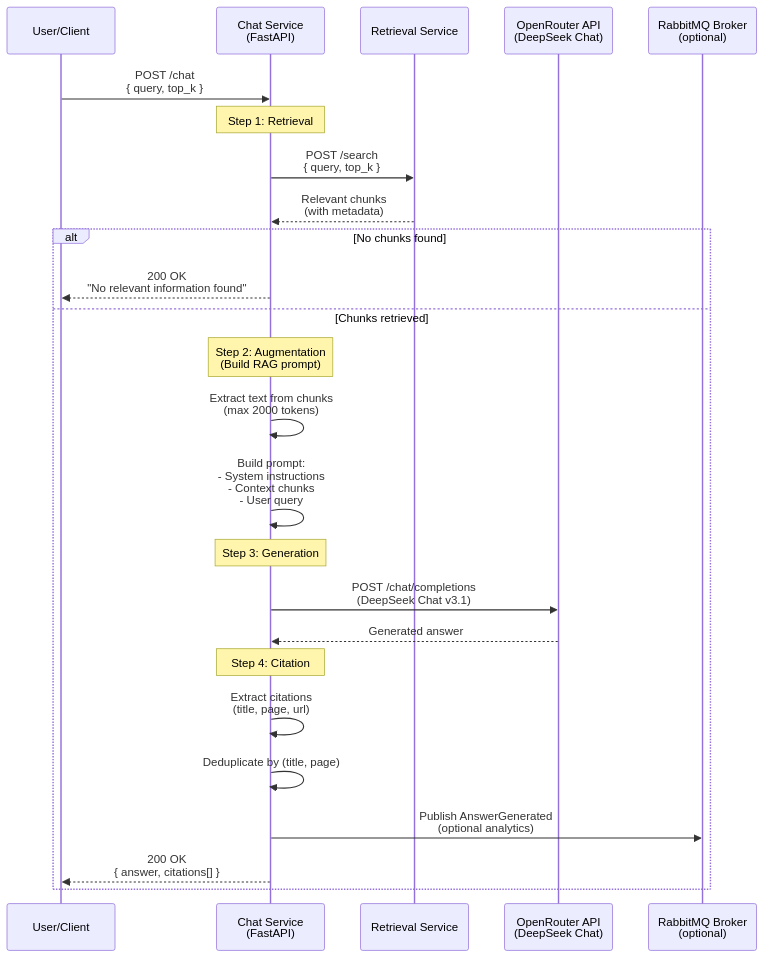
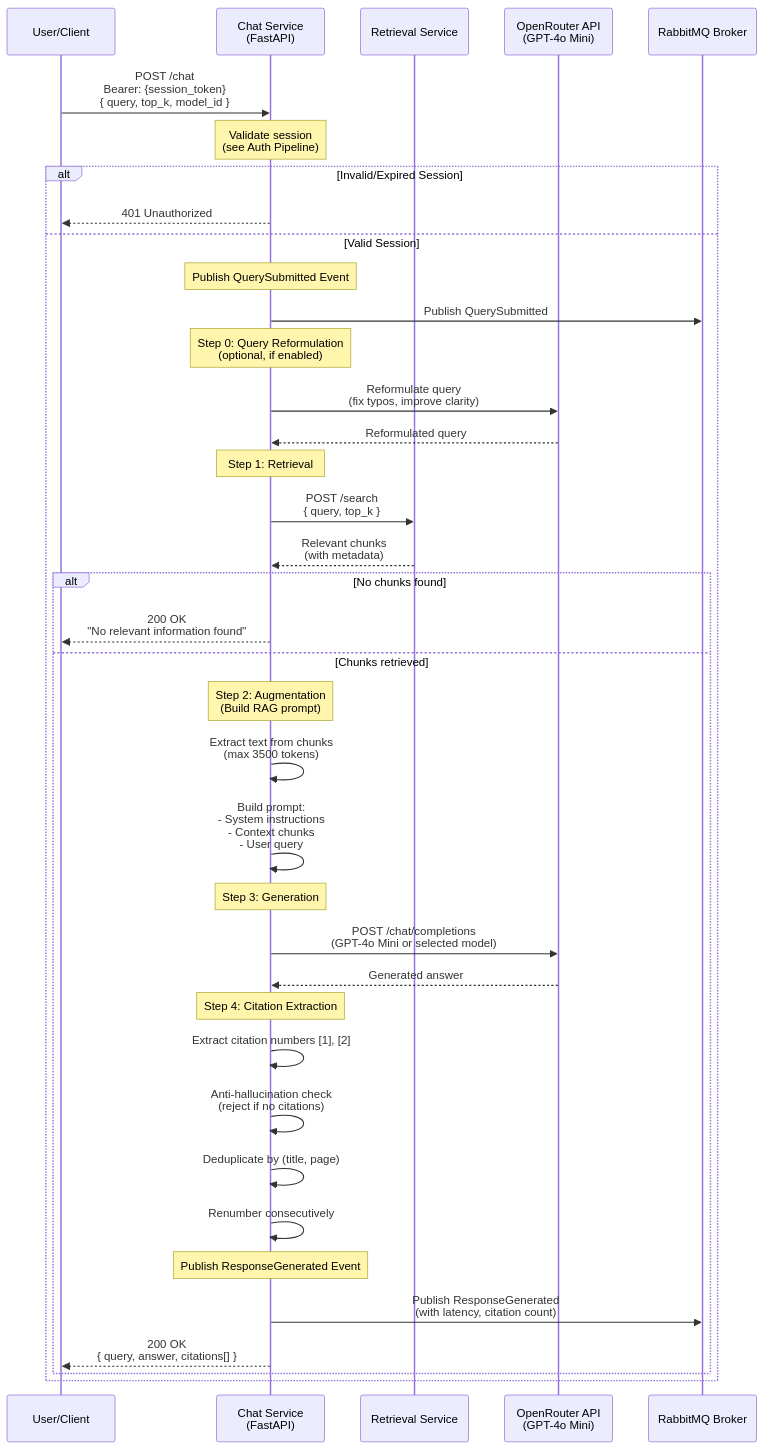
The diagram in docs/services/Rag-Chat/Chat_pipeline.md (Th30utcast/MARP-Guide-AI), drawn with Mermaid before and after one commit. The commit also changed other lines of this file and 16 other files, not shown here.

````diff
--- a/docs/services/Rag-Chat/Chat_pipeline.md
+++ b/docs/services/Rag-Chat/Chat_pipeline.md
@@ -5,40 +7,52 @@
 ```mermaid
 sequenceDiagram
   participant USER as User/Client
   participant CHAT as Chat Service<br/>(FastAPI)
   participant RET as Retrieval Service
-  participant OR as OpenRouter API<br/>(DeepSeek Chat)
-  participant BR as RabbitMQ Broker<br/>(optional)
+  participant OR as OpenRouter API<br/>(GPT-4o Mini)
+  participant MQ as RabbitMQ Broker
 
-  USER->>CHAT: POST /chat<br/>{ query, top_k }
+  USER->>CHAT: POST /chat<br/>Bearer: {session_token}<br/>{ query, top_k, model_id }
 
-  Note over CHAT: Step 1: Retrieval
+  Note over CHAT: Validate session<br/>(see Auth Pipeline)
 
-  CHAT->>RET: POST /search<br/>{ query, top_k }
-  RET-->>CHAT: Relevant chunks<br/>(with metadata)
+  alt Invalid/Expired Session
+    CHAT-->>USER: 401 Unauthorized
+  else Valid Session
+    Note over CHAT: Publish QuerySubmitted Event
+    CHAT->>MQ: Publish QuerySubmitted
 
-  alt No chunks found
-    CHAT-->>USER: 200 OK<br/>"No relevant information found"
-  else Chunks retrieved
-    Note over CHAT: Step 2: Augmentation<br/>(Build RAG prompt)
+    Note over CHAT: Step 0: Query Reformulation<br/>(optional, if enabled)
+    CHAT->>OR: Reformulate query<br/>(fix typos, improve clarity)
+    OR-->>CHAT: Reformulated query
 
-    CHAT->>CHAT: Extract text from chunks<br/>(max 2000 tokens)
+    Note over CHAT: Step 1: Retrieval
+    CHAT->>RET: POST /search<br/>{ query, top_k }
+    RET-->>CHAT: Relevant chunks<br/>(with metadata)
 
-    CHAT->>CHAT: Build prompt:<br/>- System instructions<br/>- Context chunks<br/>- User query
+    alt No chunks found
+      CHAT-->>USER: 200 OK<br/>"No relevant information found"
+    else Chunks retrieved
+      Note over CHAT: Step 2: Augmentation<br/>(Build RAG prompt)
 
-    Note over CHAT: Step 3: Generation
+      CHAT->>CHAT: Extract text from chunks<br/>(max 3500 tokens)
+      CHAT->>CHAT: Build prompt:<br/>- System instructions<br/>- Context chunks<br/>- User query
 
-    CHAT->>OR: POST /chat/completions<br/>(DeepSeek Chat v3.1)
-    OR-->>CHAT: Generated answer
+      Note over CHAT: Step 3: Generation
+      CHAT->>OR: POST /chat/completions<br/>(GPT-4o Mini or selected model)
+      OR-->>CHAT: Generated answer
 
-    Note over CHAT: Step 4: Citation
+      Note over CHAT: Step 4: Citation Extraction
 
-    CHAT->>CHAT: Extract citations<br/>(title, page, url)
+      CHAT->>CHAT: Extract citation numbers [1], [2]
+      CHAT->>CHAT: Anti-hallucination check<br/>(reject if no citations)
+      CHAT->>CHAT: Deduplicate by (title, page)
+      CHAT->>CHAT: Renumber consecutively
 
-    CHAT->>CHAT: Deduplicate by (title, page)
+      Note over CHAT: Publish ResponseGenerated Event
+      CHAT->>MQ: Publish ResponseGenerated<br/>(with latency, citation count)
 
-    CHAT->>BR: Publish AnswerGenerated<br/>(optional analytics)
-
-    CHAT-->>USER: 200 OK<br/>{ answer, citations[] }
+      CHAT-->>USER: 200 OK<br/>{ query, answer, citations[] }
+    end
   end
 ```
````
